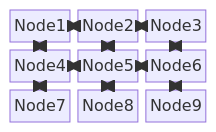
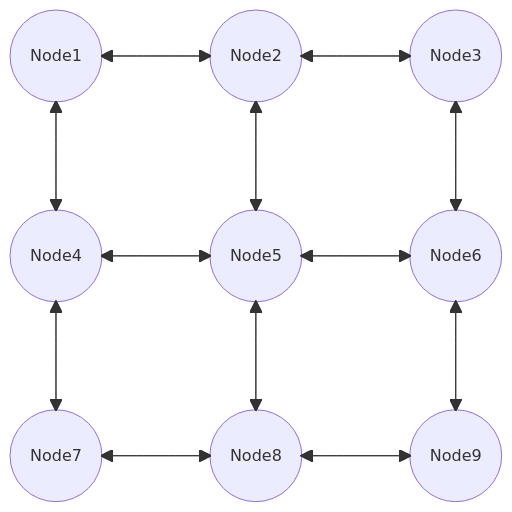
The first of 2 diagrams in src/main/java/org/soyaga/examples/Zip/README.md (SergioOyaga/OnlineGamesExamples), drawn with Mermaid before and after one commit.

Commit message:
README typo

`````diff
--- a/src/main/java/org/soyaga/examples/Zip/README.md
+++ b/src/main/java/org/soyaga/examples/Zip/README.md
@@ -139,19 +139,47 @@
 ````mermaid
 block-beta
-    columns 3
+    columns 5
 
-    Node1 Node2 Node3
-    Node4 Node5 Node6
-    Node7 Node8 Node9
+    Node1(("&emsp;Node1&emsp;")) space Node2(("&emsp;Node2&emsp;")) space Node3(("&emsp;Node3&emsp;"))
+    space space space space space
+    Node4(("&emsp;Node4&emsp;")) space Node5(("&emsp;Node5&emsp;")) space Node6(("&emsp;Node6&emsp;"))
+    space space space space space
+    Node7(("&emsp;Node7&emsp;")) space Node8(("&emsp;Node8&emsp;")) space Node9(("&emsp;Node9&emsp;"))
 
-    Node1<--->Node2
-    Node1<--->Node4
-    Node2<--->Node3
-    Node2<--->Node5
-    Node3<--->Node6
-    Node4<--->Node5
-    Node4<--->Node7
-    Node5<--->Node6
-    Node5<--->Node8
-    Node6<--->Node9
+    Node1 <---> Node2
+    Node2 <---> Node1
+    
+    Node1 <---> Node4
+    Node4 <---> Node1
+    
+    Node2 <---> Node3
+    Node3 <---> Node2
+    
+    Node2 <---> Node5
+    Node5 <---> Node2
+    
+    Node3 <---> Node6
+    Node6 <---> Node3
+    
+    Node4 <---> Node5
+    Node5 <---> Node4
+    
+    Node4 <---> Node7
+    Node7 <---> Node4
+    
+    Node5 <---> Node6
+    Node6 <---> Node5
+    
+    Node5 <---> Node8
+    Node8 <---> Node5
+    
+    Node6 <---> Node9
+    Node9 <---> Node6
+    
+    Node7 <---> Node8
+    Node8 <---> Node7
+    
+    Node8 <---> Node9
+    Node9 <---> Node8
+    
 ````
`````
